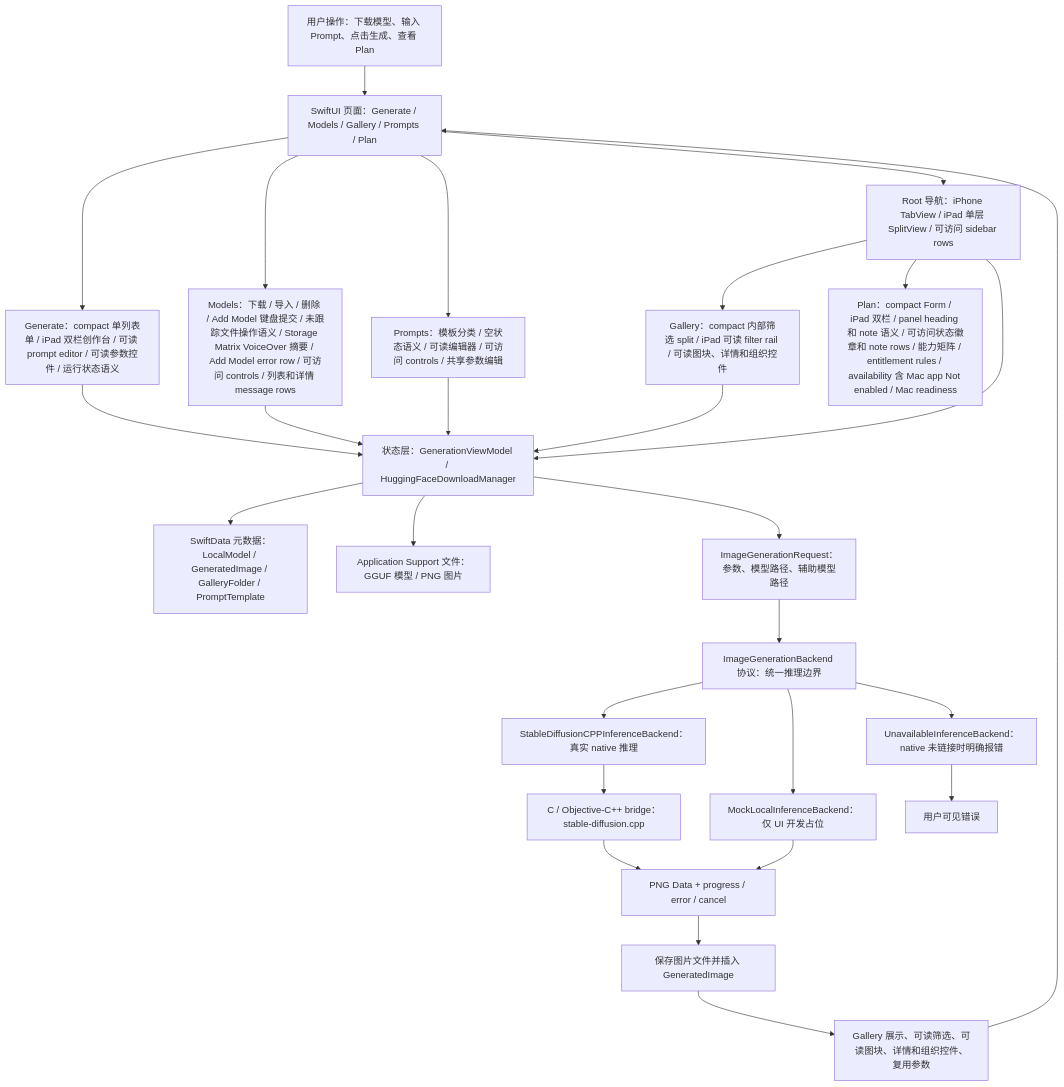
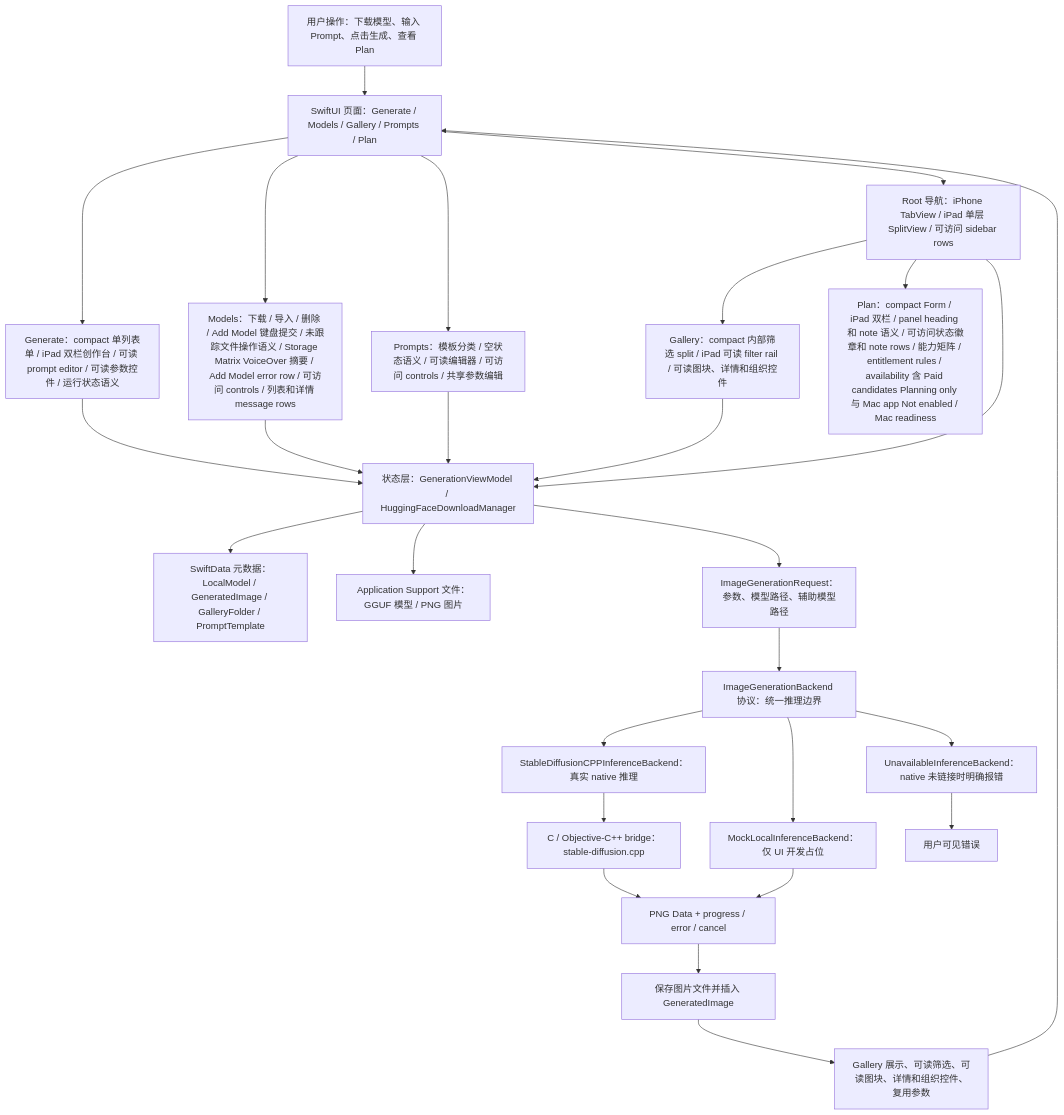
One commit to Altman-sam114/118 changed the first of 7 diagrams in md/flow/flowchart.md. Above: the diagram before and after it, drawn with Mermaid. The commit also changed 5 other files, not shown here.

First line of the commit message:
v1.33: Plan paid candidate availability

````diff
--- a/md/flow/flowchart.md
+++ b/md/flow/flowchart.md
@@ -9,29 +9,29 @@
 ```mermaid
 flowchart TD
   U["用户操作：下载模型、输入 Prompt、点击生成、查看 Plan"] --> UI["SwiftUI 页面：Generate / Models / Gallery / Prompts / Plan"]
   UI --> GENUI["Generate：compact 单列表单 / iPad 双栏创作台 / 可读 prompt editor / 可读参数控件 / 运行状态语义"]
   UI --> MODELUI["Models：下载 / 导入 / 删除 / Add Model 键盘提交 / 未跟踪文件操作语义 / Storage Matrix VoiceOver 摘要 / Add Model error row / 可访问 controls / 列表和详情 message rows"]
   UI --> PROMPTUI["Prompts：模板分类 / 空状态语义 / 可读编辑器 / 可访问 controls / 共享参数编辑"]
   UI --> NAV["Root 导航：iPhone TabView / iPad 单层 SplitView / 可访问 sidebar rows"]
   NAV --> GALUI["Gallery：compact 内部筛选 split / iPad 可读 filter rail / 可读图块、详情和组织控件"]
-  NAV --> PLANUI["Plan：compact Form / iPad 双栏 / panel heading 和 note 语义 / 可访问状态徽章和 note rows / 能力矩阵 / entitlement rules / availability 含 Mac app Not enabled / Mac readiness"]
+  NAV --> PLANUI["Plan：compact Form / iPad 双栏 / panel heading 和 note 语义 / 可访问状态徽章和 note rows / 能力矩阵 / entitlement rules / availability 含 Paid candidates Planning only 与 Mac app Not enabled / Mac readiness"]
   NAV --> VM["状态层：GenerationViewModel / HuggingFaceDownloadManager"]
   GENUI --> VM
   MODELUI --> VM
   PROMPTUI --> VM
   GALUI --> VM
   VM --> SD["SwiftData 元数据：LocalModel / GeneratedImage / GalleryFolder / PromptTemplate"]
   VM --> FS["Application Support 文件：GGUF 模型 / PNG 图片"]
   VM --> REQ["ImageGenerationRequest：参数、模型路径、辅助模型路径"]
   REQ --> IFACE["ImageGenerationBackend 协议：统一推理边界"]
   IFACE --> NATIVE["StableDiffusionCPPInferenceBackend：真实 native 推理"]
   IFACE --> MOCK["MockLocalInferenceBackend：仅 UI 开发占位"]
   IFACE --> OFF["UnavailableInferenceBackend：native 未链接时明确报错"]
   NATIVE --> BRIDGE["C / Objective-C++ bridge：stable-diffusion.cpp"]
   BRIDGE --> PNG["PNG Data + progress / error / cancel"]
   MOCK --> PNG
   OFF --> ERR["用户可见错误"]
   PNG --> SAVE["保存图片文件并插入 GeneratedImage"]
   SAVE --> GALLERY["Gallery 展示、可读筛选、可读图块、详情和组织控件、复用参数"]
   GALLERY --> UI
 ```
````
